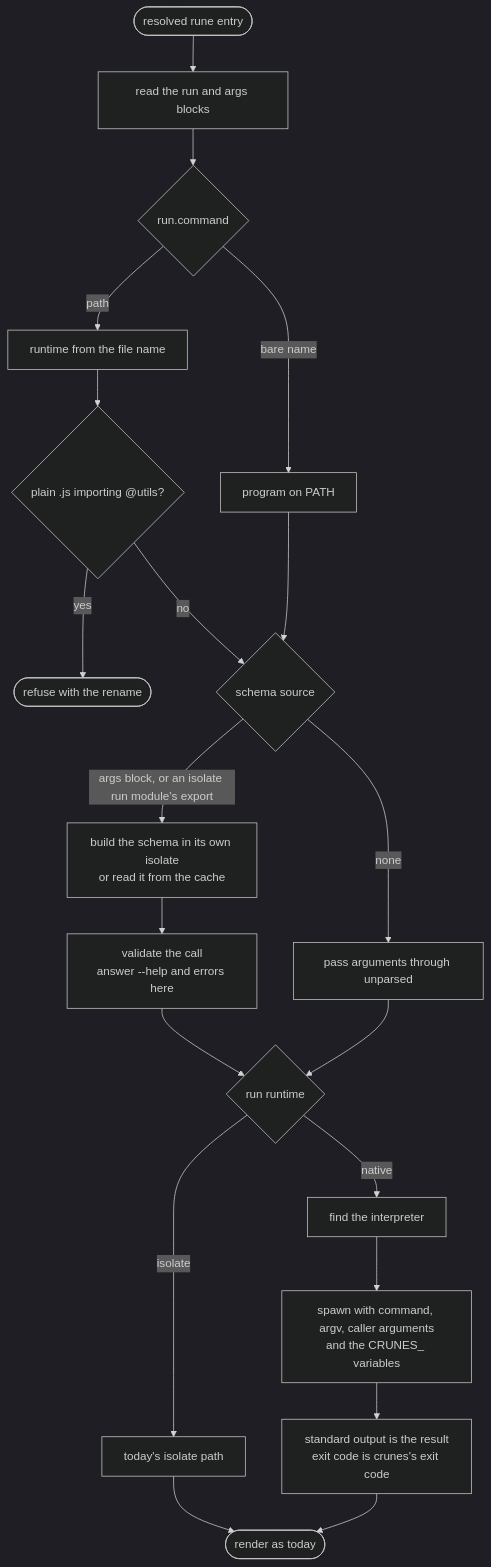
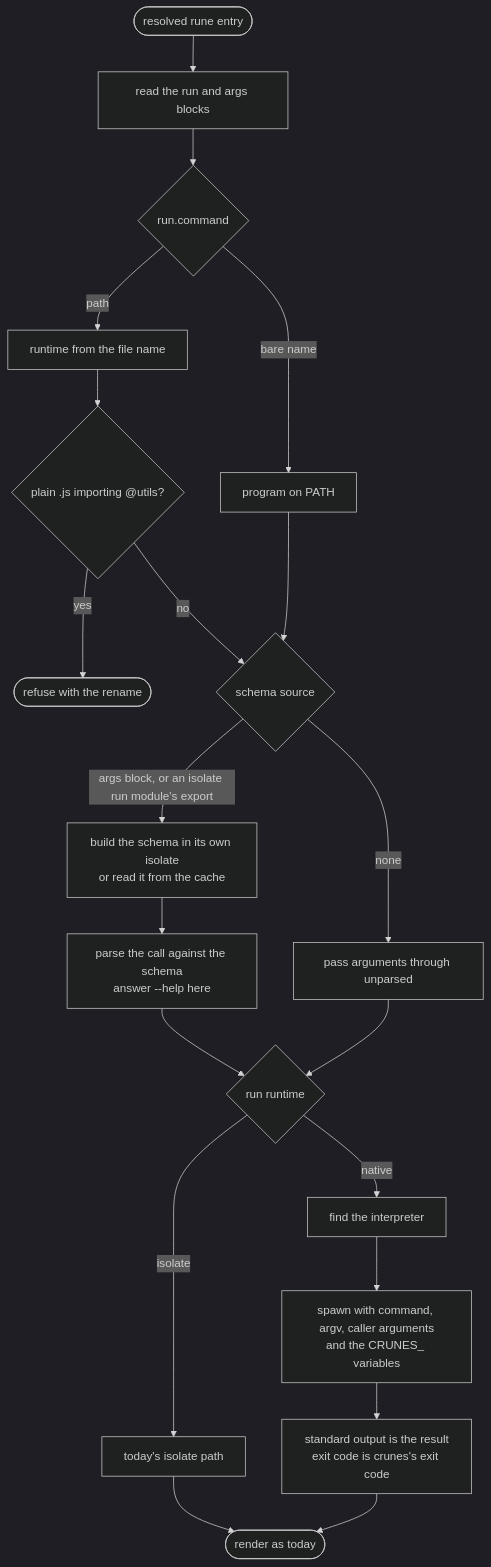
Before and after one commit to darkrymit/crunes: the diagram in docs/kb/wp/flows/run.md, drawn with Mermaid (dark theme). The commit also changed other lines of this file and 5 other files, not shown here.

````diff
--- a/docs/kb/wp/flows/run.md
+++ b/docs/kb/wp/flows/run.md
@@ -12,22 +12,22 @@
 ```mermaid
 flowchart TD
     resolve_key([resolved rune entry]) --> read_blocks[read the run and args blocks]
     read_blocks --> classify_run{run.command}
     classify_run -->|bare name| program[program on PATH]
     classify_run -->|path| runtime_by_name[runtime from the file name]
     runtime_by_name --> rename_guard{plain .js importing @utils?}
     rename_guard -->|yes| refuse([refuse with the rename])
     rename_guard -->|no| schema_source
     program --> schema_source{schema source}
     schema_source -->|args block, or an isolate run module's export| build_schema[build the schema in its own isolate<br/>or read it from the cache]
     schema_source -->|none| pass_through[pass arguments through unparsed]
-    build_schema --> validate[validate the call<br/>answer --help and errors here]
-    validate --> dispatch{run runtime}
+    build_schema --> parse_call[parse the call against the schema<br/>answer --help here]
+    parse_call --> dispatch{run runtime}
     pass_through --> dispatch
     dispatch -->|isolate| isolate_run[today's isolate path]
     dispatch -->|native| find_interpreter[find the interpreter]
     find_interpreter --> spawn[spawn with command, argv, caller arguments<br/>and the CRUNES_ variables]
     spawn --> collect[standard output is the result<br/>exit code is crunes's exit code]
     isolate_run --> render([render as today])
     collect --> render
 ```
````
